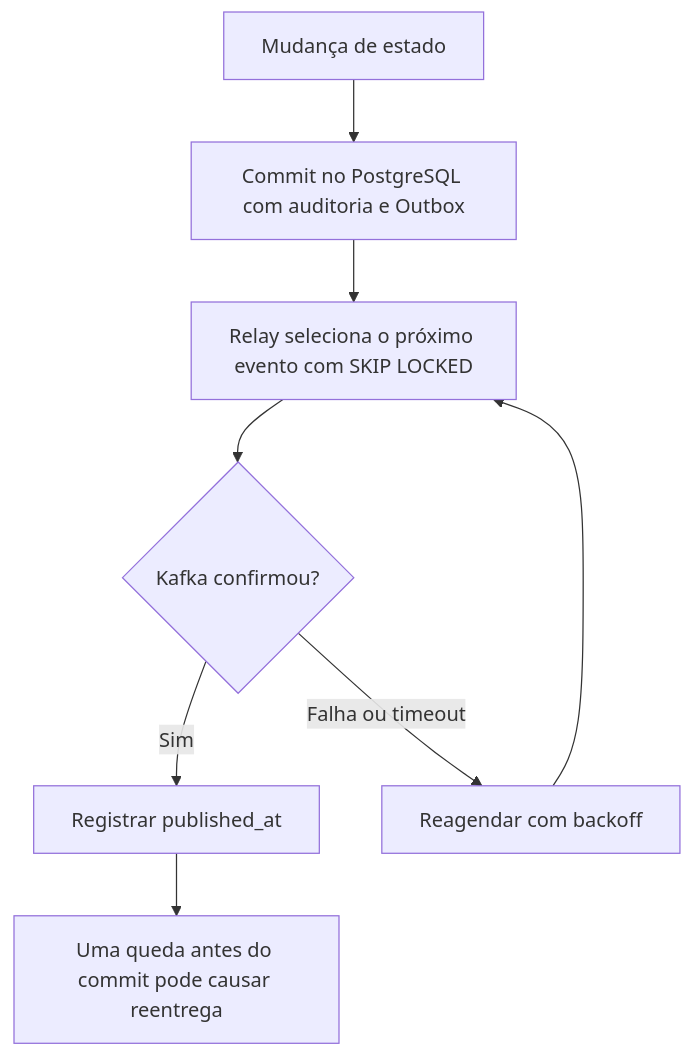
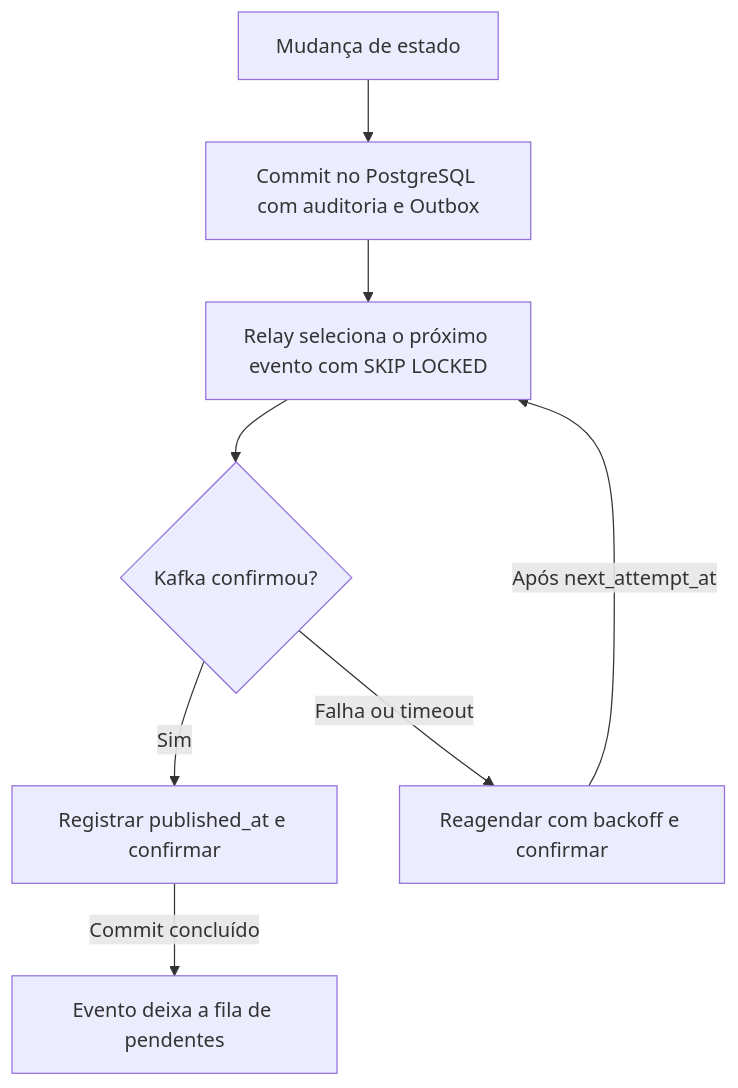
The second of 2 diagrams in docs-site/docs/referencia/eventos.md (jonatadev/BoletoPaymentLab), drawn with Mermaid before and after one commit. The commit also changed other lines of this file and 3 other files, not shown here.

Commit message:
docs(architecture): rework platform views and outbox diagrams

````diff
--- a/docs-site/docs/referencia/eventos.md
+++ b/docs-site/docs/referencia/eventos.md
@@ -83,12 +91,12 @@
 ```mermaid
 flowchart TD
   accTitle: Persistência e retentativas do Outbox
-  accDescr: O relay libera a linha após registrar a confirmação ou reagendar uma falha.
+  accDescr: O relé retém o bloqueio da linha até o commit da confirmação ou do reagendamento.
   A["Mudança de estado"] --> B["Commit no PostgreSQL com auditoria e Outbox"]
   B --> C["Relay seleciona o próximo evento com SKIP LOCKED"]
   C --> D{"Kafka confirmou?"}
-  D -->|"Sim"| E["Registrar published_at"]
-  D -->|"Falha ou timeout"| F["Reagendar com backoff"]
-  F --> C
-  E --> G["Uma queda antes do commit pode causar reentrega"]
+  D -->|"Sim"| E["Registrar published_at e confirmar"]
+  D -->|"Falha ou timeout"| F["Reagendar com backoff e confirmar"]
+  F -->|"Após next_attempt_at"| C
+  E -->|"Commit concluído"| G["Evento deixa a fila de pendentes"]
 ```
````
